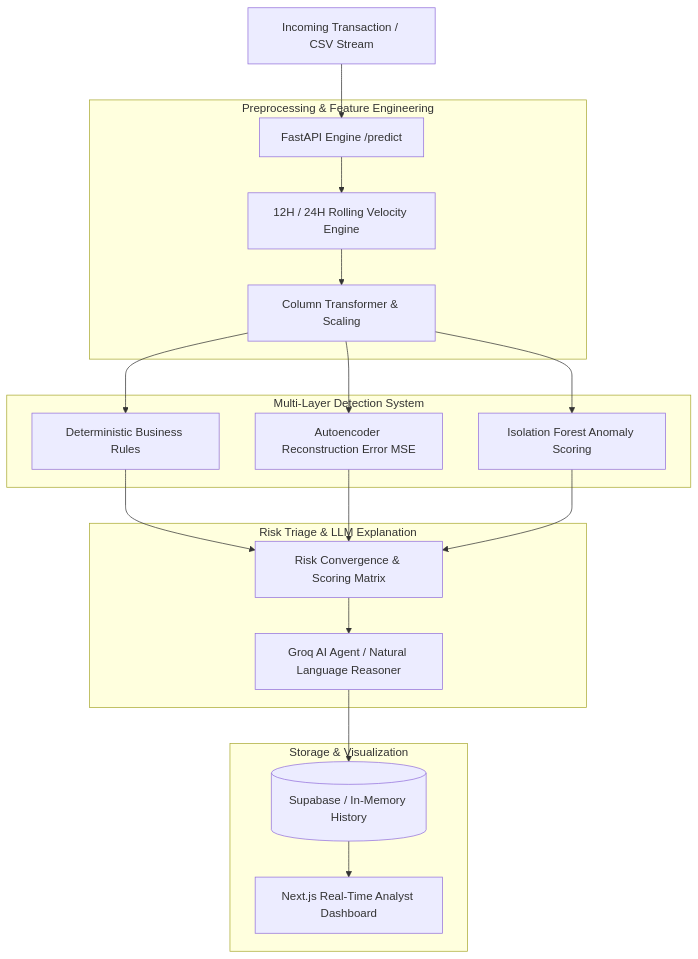
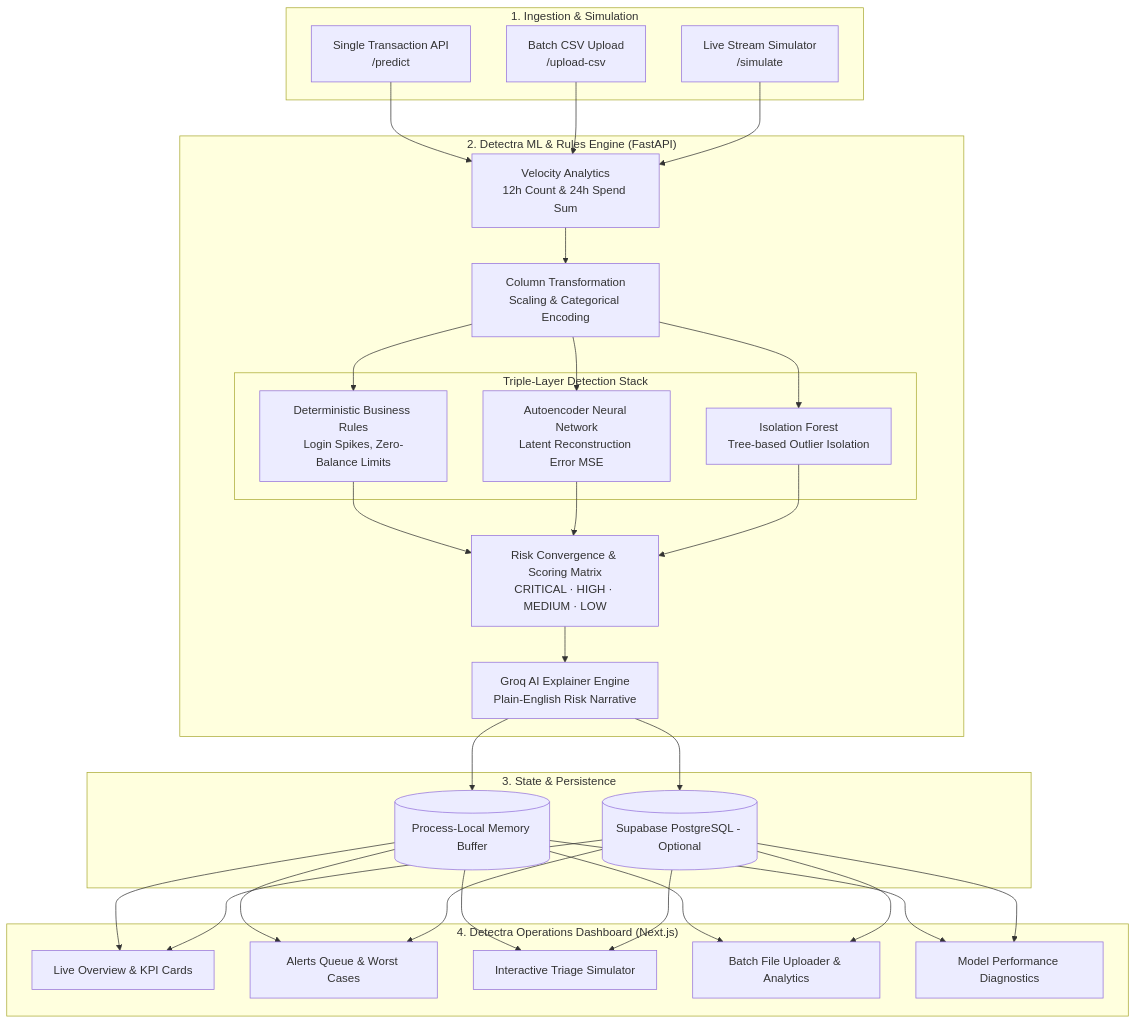
Before and after one commit to TharsanKanthaswamy/BAF: the diagram in README.md, drawn with Mermaid. The commit also changed other lines of this file, not shown here.

Commit message:
Update README.md with non-technical guide, architecture diagram, and Detectra docs

````diff
--- a/README.md
+++ b/README.md
@@ -9,25 +27,43 @@
 ```mermaid
 flowchart TD
-    A[Incoming Transaction / CSV Stream] --> B[FastAPI Engine /predict]
-    
-    subgraph Preprocessing & Feature Engineering
-        B --> C[12H / 24H Rolling Velocity Engine]
-        C --> D[Column Transformer & Scaling]
+    subgraph INGESTION["1. Ingestion & Simulation"]
+        A1["Single Transaction API\n/predict"]
+        A2["Batch CSV Upload\n/upload-csv"]
+        A3["Live Stream Simulator\n/simulate"]
     end
-    
-    subgraph Multi-Layer Detection System
-        D --> E[Deterministic Business Rules]
-        D --> F[Autoencoder Reconstruction Error MSE]
-        D --> G[Isolation Forest Anomaly Scoring]
+
+    subgraph ENGINE["2. Detectra ML & Rules Engine (FastAPI)"]
+        B1["Velocity Analytics\n12h Count & 24h Spend Sum"]
+        B2["Column Transformation\nScaling & Categorical Encoding"]
+        
+        subgraph TRIPLE_LAYER["Triple-Layer Detection Stack"]
+            C1["Deterministic Business Rules\nLogin Spikes, Zero-Balance Limits"]
+            C2["Autoencoder Neural Network\nLatent Reconstruction Error MSE"]
+            C3["Isolation Forest\nTree-based Outlier Isolation"]
+        end
+        
+        D1["Risk Convergence & Scoring Matrix\nCRITICAL · HIGH · MEDIUM · LOW"]
+        D2["Groq AI Explainer Engine\nPlain-English Risk Narrative"]
     end
-    
-    subgraph Risk Triage & LLM Explanation
-        E & F & G --> H[Risk Convergence & Scoring Matrix]
-        H --> I[Groq AI Agent / Natural Language Reasoner]
+
+    subgraph STORAGE["3. State & Persistence"]
+        E1[("Process-Local Memory Buffer")]
+        E2[("Supabase PostgreSQL - Optional")]
     end
-    
-    subgraph Storage & Visualization
-        I --> J[(Supabase / In-Memory History)]
-        J --> K[Next.js Real-Time Analyst Dashboard]
+
+    subgraph CONSOLE["4. Detectra Operations Dashboard (Next.js)"]
+        F1["Live Overview & KPI Cards"]
+        F2["Alerts Queue & Worst Cases"]
+        F3["Interactive Triage Simulator"]
+        F4["Batch File Uploader & Analytics"]
+        F5["Model Performance Diagnostics"]
     end
+
+    A1 & A2 & A3 --> B1
+    B1 --> B2
+    B2 --> C1 & C2 & C3
+    C1 & C2 & C3 --> D1
+    D1 --> D2
+    D2 --> E1 & E2
+    E1 & E2 --> F1 & F2 & F3 & F4 & F5
 ```
````
